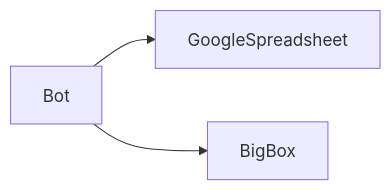
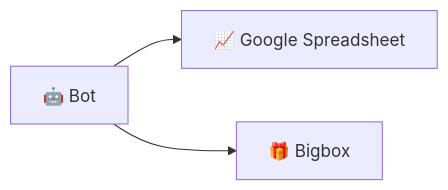
One commit to aleschenk/nova-regalo-bot changed the first of 2 diagrams in README.md. Above: the diagram before and after it, drawn with Mermaid. The commit also changed other lines of this file, not shown here.

````diff
--- a/README.md
+++ b/README.md
@@ -30,5 +30,8 @@
 ```mermaid
-graph LR;
+flowchart LR;
+    Bot[🤖 Bot]
+    GoogleSpreadsheet[📈 Google Spreadsheet]
+    BigBox[🎁 Bigbox]
     Bot-->GoogleSpreadsheet;
     Bot-->BigBox;
 ```
````
